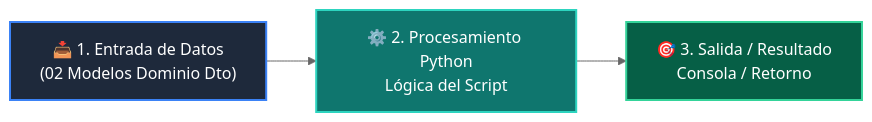
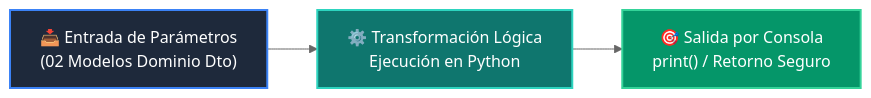
The diagram in 04-proyecto-final/clase-01-arquitectura-y-planificacion/ejemplos/ejemplo_02_modelos_dominio_dto/README.md (wisrovi/wisrovi-python), drawn with Mermaid (neutral theme) before and after one commit. The commit also changed other lines of this file and 226 other files, not shown here.

Commit message:
docs: elevate all repository READMEs to world-class mastery standard with rich pedagogical architecture, custom Mermaids, and professional styling

````diff
--- a/04-proyecto-final/clase-01-arquitectura-y-planificacion/ejemplos/ejemplo_02_modelos_dominio_dto/README.md
+++ b/04-proyecto-final/clase-01-arquitectura-y-planificacion/ejemplos/ejemplo_02_modelos_dominio_dto/README.md
@@ -12,9 +19,9 @@
 ```mermaid
 flowchart LR
-    A["📥 1. Entrada de Datos<br/>(02 Modelos Dominio Dto)"] --> B["⚙️ 2. Procesamiento Python<br/>Lógica del Script"]
-    B --> C["🎯 3. Salida / Resultado<br/>Consola / Retorno"]
+    A["📥 Entrada de Parámetros<br/>(02 Modelos Dominio Dto)"] --> B["⚙️ Transformación Lógica<br/>Ejecución en Python"]
+    B --> C["🎯 Salida por Consola<br/>print() / Retorno Seguro"]
 
-    style A fill:#1e293b,color:#fff,stroke:#3b82f6,stroke-width:2px
-    style B fill:#0f766e,color:#fff,stroke:#2dd4bf,stroke-width:2px
-    style C fill:#065f46,color:#fff,stroke:#34d399,stroke-width:2px
+    style A fill:#1e293b,color:#ffffff,stroke:#3b82f6,stroke-width:2px
+    style B fill:#0f766e,color:#ffffff,stroke:#2dd4bf,stroke-width:2px
+    style C fill:#059669,color:#ffffff,stroke:#34d399,stroke-width:2px
 ```
````
